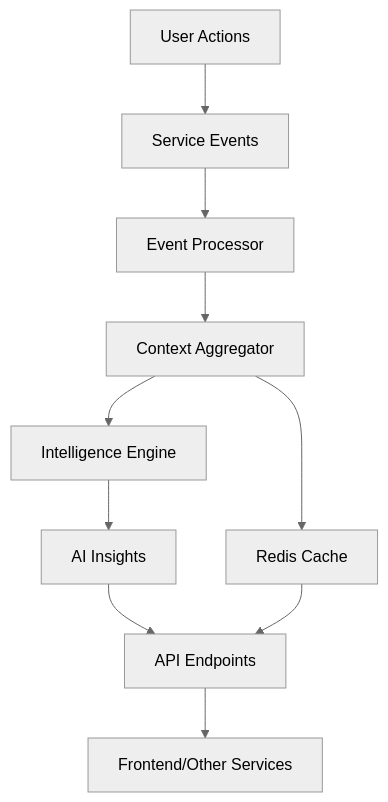
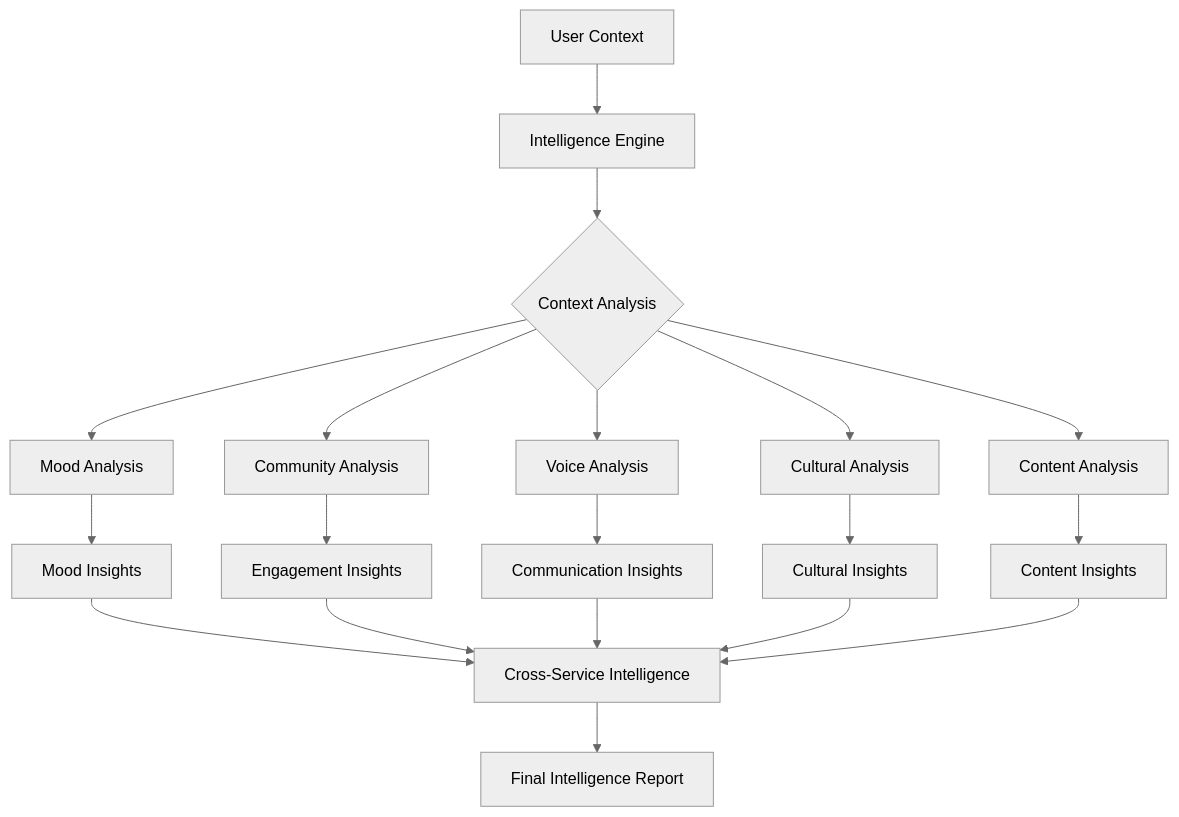
The fourth of 4 diagrams in backend/services/ai_context_store/README.md (mantrapath-code/mantrapath), drawn with Mermaid (neutral theme) before and after one commit. The commit also changed other lines of this file and 455 other files, not shown here.

````diff
--- a/backend/services/ai_context_store/README.md
+++ b/backend/services/ai_context_store/README.md
@@ -74,12 +522,25 @@
 ```mermaid
-graph TD
-    A[User Actions] --> B[Service Events]
-    B --> C[Event Processor]
-    C --> D[Context Aggregator]
-    D --> E[Redis Cache]
-    D --> F[Intelligence Engine]
-    F --> G[AI Insights]
-    G --> H[API Endpoints]
-    E --> H
-    H --> I[Frontend/Other Services]
+flowchart TD
+    A[User Context] --> B[Intelligence Engine]
+    B --> C{Context Analysis}
+    
+    C --> D[Mood Analysis]
+    C --> E[Community Analysis]
+    C --> F[Voice Analysis]
+    C --> G[Cultural Analysis]
+    C --> H[Content Analysis]
+    
+    D --> I[Mood Insights]
+    E --> J[Engagement Insights]
+    F --> K[Communication Insights]
+    G --> L[Cultural Insights]
+    H --> M[Content Insights]
+    
+    I --> N[Cross-Service Intelligence]
+    J --> N
+    K --> N
+    L --> N
+    M --> N
+    
+    N --> O[Final Intelligence Report]
 ```
````
